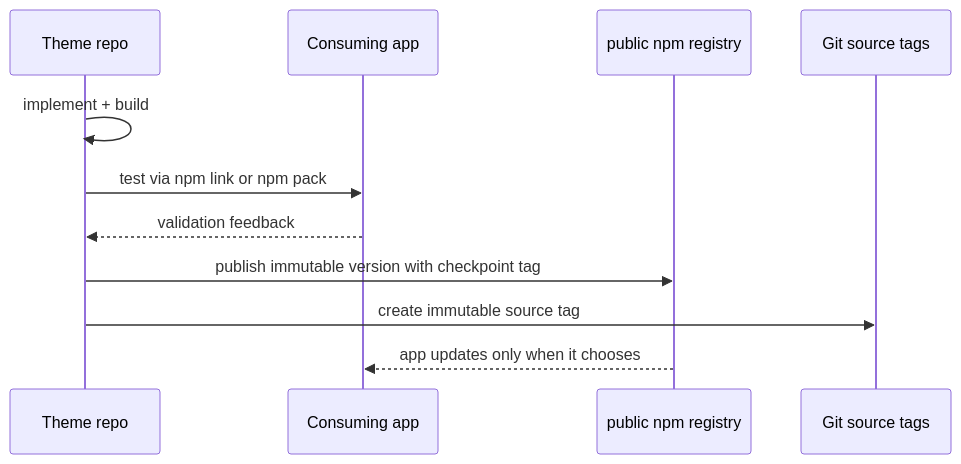
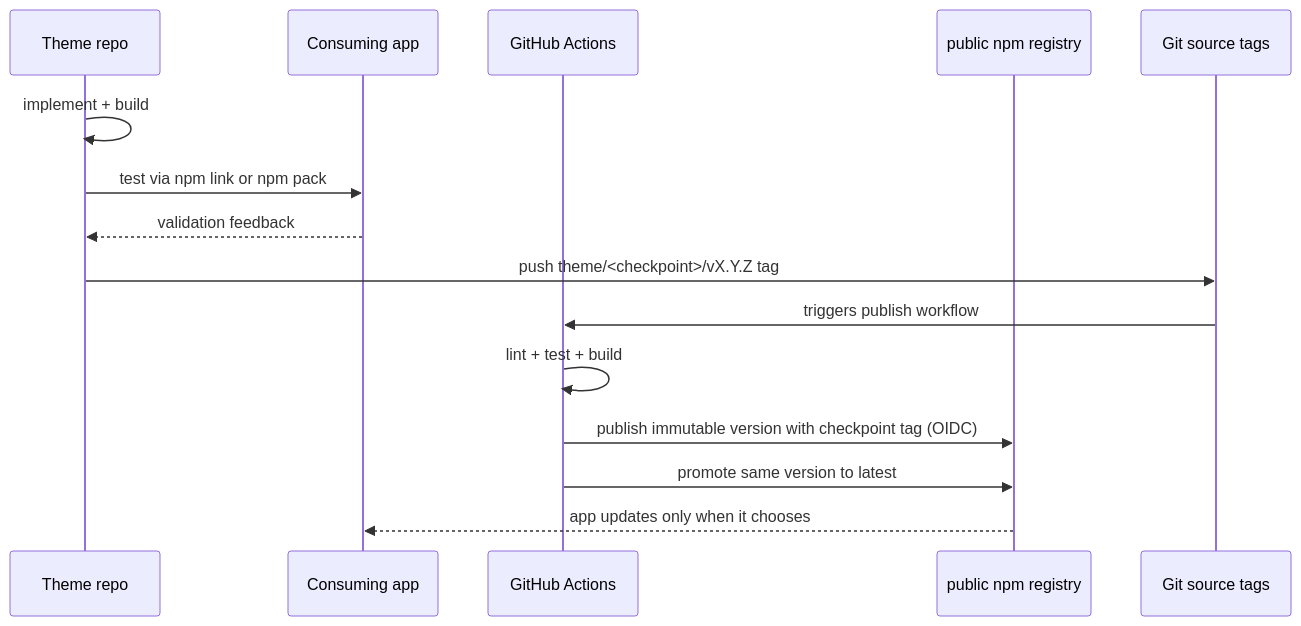
Before and after one commit to inRiver/inflow-react: the second of 2 diagrams in docs/VERSIONING.md, drawn with Mermaid. The commit also changed other lines of this file and 2 other files, not shown here.

First line of the commit message:
ci: auto-promote latest after every checkpoint publish

````diff
--- a/docs/VERSIONING.md
+++ b/docs/VERSIONING.md
@@ -86,14 +84,18 @@
 ```mermaid
 sequenceDiagram
   participant Theme as Theme repo
   participant App as Consuming app
+  participant CI as GitHub Actions
   participant Feed as public npm registry
   participant Git as Git source tags
 
   Theme->>Theme: implement + build
   Theme->>App: test via npm link or npm pack
   App-->>Theme: validation feedback
-  Theme->>Feed: publish immutable version with checkpoint tag
-  Theme->>Git: create immutable source tag
+  Theme->>Git: push theme/<checkpoint>/vX.Y.Z tag
+  Git->>CI: triggers publish workflow
+  CI->>CI: lint + test + build
+  CI->>Feed: publish immutable version with checkpoint tag (OIDC)
+  CI->>Feed: promote same version to latest
   Feed-->>App: app updates only when it chooses
 ```
````
